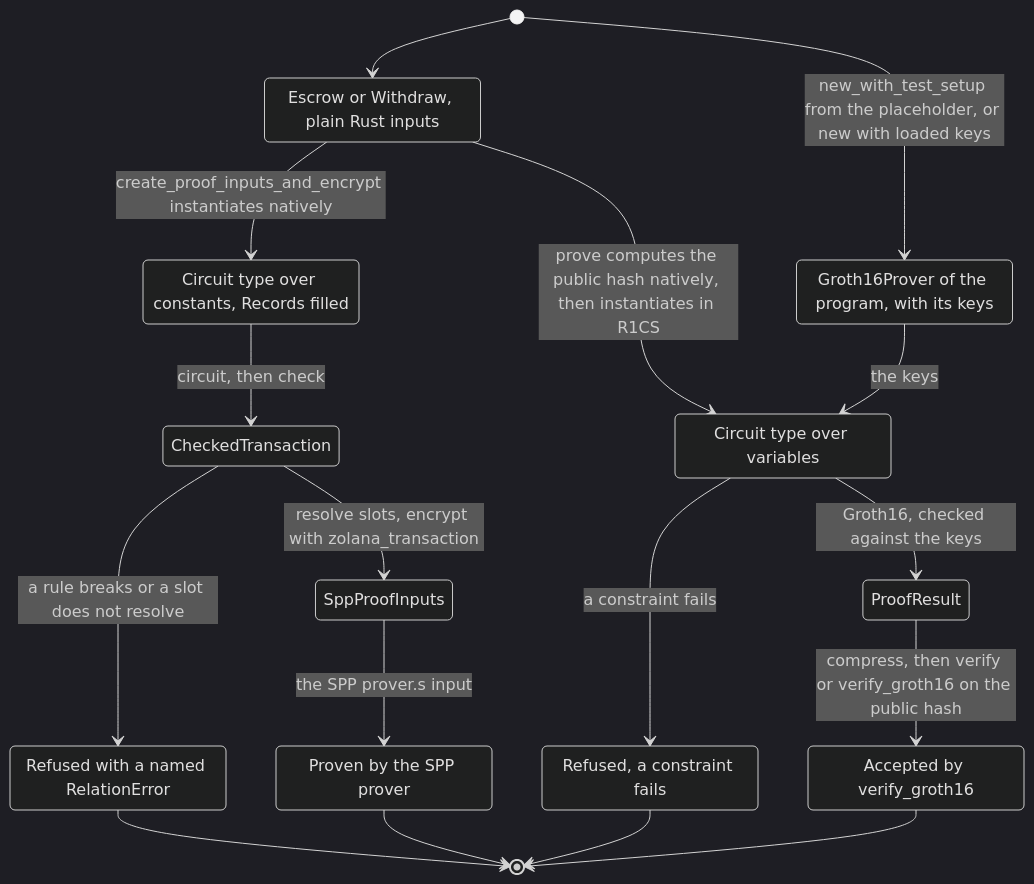
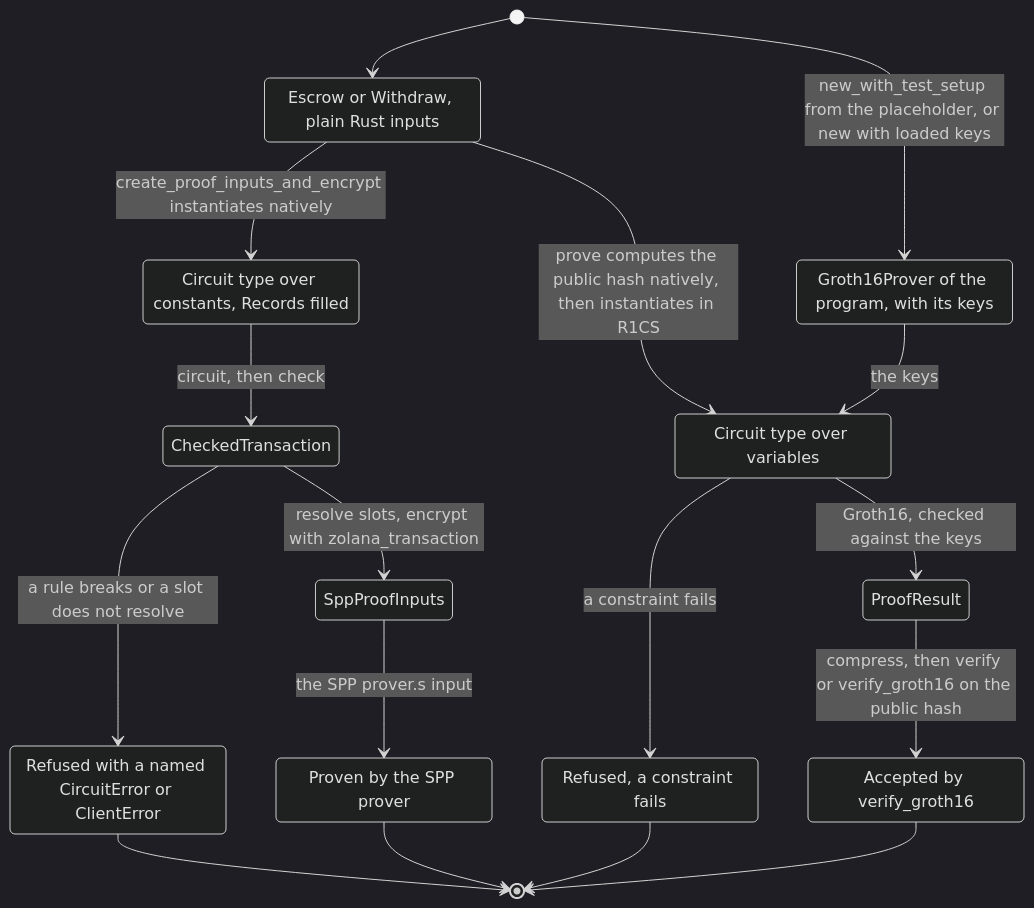
One commit to helius-labs/zolana changed the first of 2 diagrams in sdk-tests/timelock-escrow/arkworks/README.md. Above: the diagram before and after it, drawn with Mermaid (dark theme). The commit also changed other lines of this file and 168 other files, not shown here.

First line of the commit message:
refactor(zk-program-sdk): split RelationError into CircuitError, ClientError and ProverError

````diff
--- a/sdk-tests/timelock-escrow/arkworks/README.md
+++ b/sdk-tests/timelock-escrow/arkworks/README.md
@@ -157,34 +160,34 @@
 ```mermaid
 stateDiagram-v2
     accTitle: How an instruction goes from its inputs to the program verifier
     accDescr: The client runs the circuit natively to build the SPP transaction. The prover runs the same circuit in R1CS against the public hash. The program verifies the compressed proof.
 
     state "Escrow or Withdraw, plain Rust inputs" as Inputs
     state "Circuit type over constants, Records filled" as Native
     state "CheckedTransaction" as Checked
     state "SppProofInputs" as Spp
     state "Proven by the SPP prover" as SppProver
     state "Groth16Prover of the program, with its keys" as Prover
     state "Circuit type over variables" as R1cs
     state "ProofResult" as Proof
     state "Accepted by verify_groth16" as Accepted
-    state "Refused with a named RelationError" as Refused
+    state "Refused with a named CircuitError or ClientError" as Refused
     state "Refused, a constraint fails" as Unsatisfied
 
     [*] --> Inputs
     Inputs --> Native : create_proof_inputs_and_encrypt instantiates natively
     Native --> Checked : circuit, then check
     Checked --> Refused : a rule breaks or a slot does not resolve
     Checked --> Spp : resolve slots, encrypt with zolana_transaction
     Spp --> SppProver : the SPP prover.s input
     [*] --> Prover : new_with_test_setup from the placeholder, or new with loaded keys
     Inputs --> R1cs : prove computes the public hash natively, then instantiates in R1CS
     Prover --> R1cs : the keys
     R1cs --> Unsatisfied : a constraint fails
     R1cs --> Proof : Groth16, checked against the keys
     Proof --> Accepted : compress, then verify or verify_groth16 on the public hash
     SppProver --> [*]
     Accepted --> [*]
     Refused --> [*]
     Unsatisfied --> [*]
 ```
````
